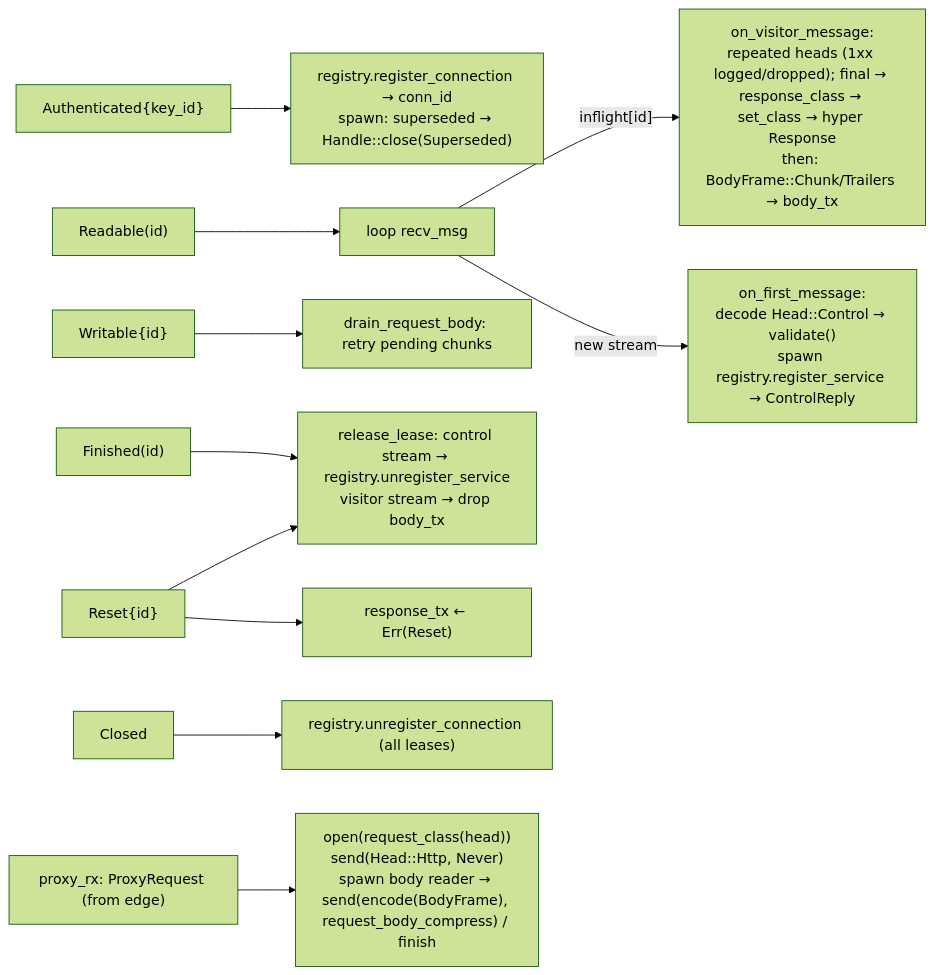
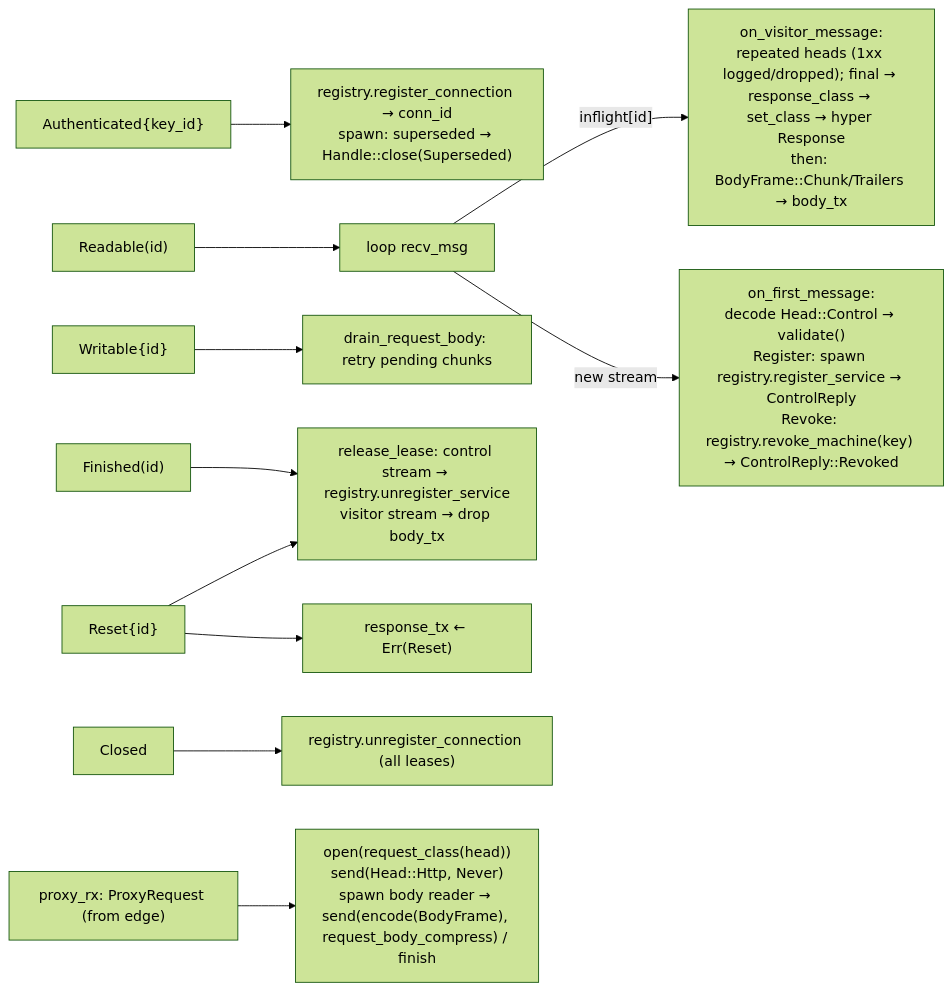
Before and after one commit to OffworldNexus/tunnel-weaver: diagram 11 of 14 in docs/architecture.md, drawn with Mermaid (forest theme). The commit also changed other lines of this file and 12 other files, not shown here.

````diff
--- a/docs/architecture.md
+++ b/docs/architecture.md
@@ -437,13 +460,13 @@
 ```mermaid
 flowchart LR
     Auth["Authenticated{key_id}"] --> reg["registry.register_connection → conn_id<br/>spawn: superseded → Handle::close(Superseded)"]
     Rd["Readable(id)"] --> loop["loop recv_msg"]
     loop -- "inflight[id]" --> vm["on_visitor_message:<br/>repeated heads (1xx logged/dropped); final → response_class → set_class → hyper Response<br/>then: BodyFrame::Chunk/Trailers → body_tx"]
-    loop -- "new stream" --> fm["on_first_message:<br/>decode Head::Control → validate()<br/>spawn registry.register_service → ControlReply"]
+    loop -- "new stream" --> fm["on_first_message:<br/>decode Head::Control → validate()<br/>Register: spawn registry.register_service → ControlReply<br/>Revoke: registry.revoke_machine(key) → ControlReply::Revoked"]
     Wr["Writable{id}"] --> drain["drain_request_body: retry pending chunks"]
     Fin["Finished(id)"] --> lease["release_lease: control stream → registry.unregister_service<br/>visitor stream → drop body_tx"]
     Rs["Reset{id}"] --> lease
     Rs --> err["response_tx ← Err(Reset)"]
     Cl["Closed"] --> unreg["registry.unregister_connection (all leases)"]
     prx["proxy_rx: ProxyRequest (from edge)"] --> op["open(request_class(head))<br/>send(Head::Http, Never)<br/>spawn body reader → send(encode(BodyFrame), request_body_compress) / finish"]
 ```
````
